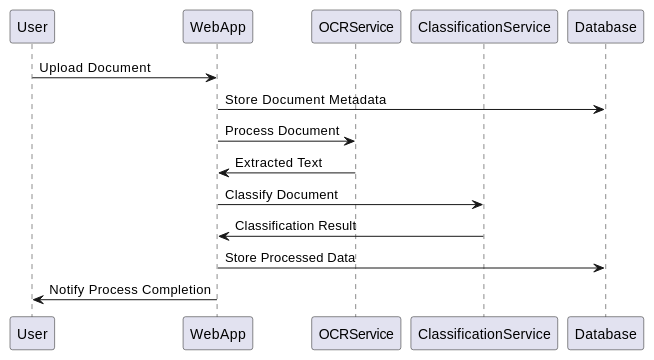
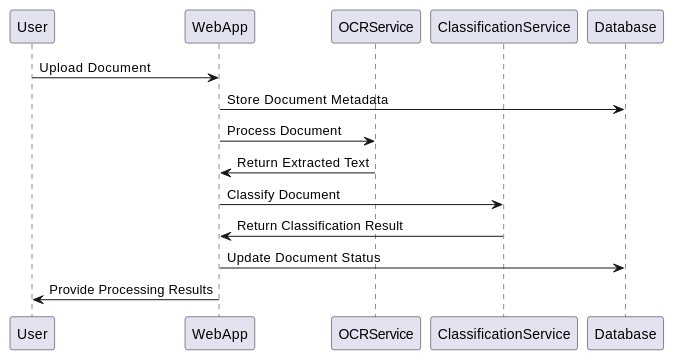
The fourth of 4 diagrams in daft_report.md (FormSculptor/Internal-Documentation), drawn with PlantUML before and after one commit. The commit also changed other lines of this file, not shown here.

````diff
--- a/daft_report.md
+++ b/daft_report.md
@@ -294,18 +246,18 @@
 ```plantuml
 @startuml
 participant User
 participant WebApp
 participant OCRService
 participant ClassificationService
 participant Database
 
 User -> WebApp: Upload Document
 WebApp -> Database: Store Document Metadata
 WebApp -> OCRService: Process Document
-OCRService -> WebApp: Extracted Text
+OCRService -> WebApp: Return Extracted Text
 WebApp -> ClassificationService: Classify Document
-ClassificationService -> WebApp: Classification Result
-WebApp -> Database: Store Processed Data
-WebApp -> User: Notify Process Completion
+ClassificationService -> WebApp: Return Classification Result
+WebApp -> Database: Update Document Status
+WebApp -> User: Provide Processing Results
 @enduml
 ```
````
